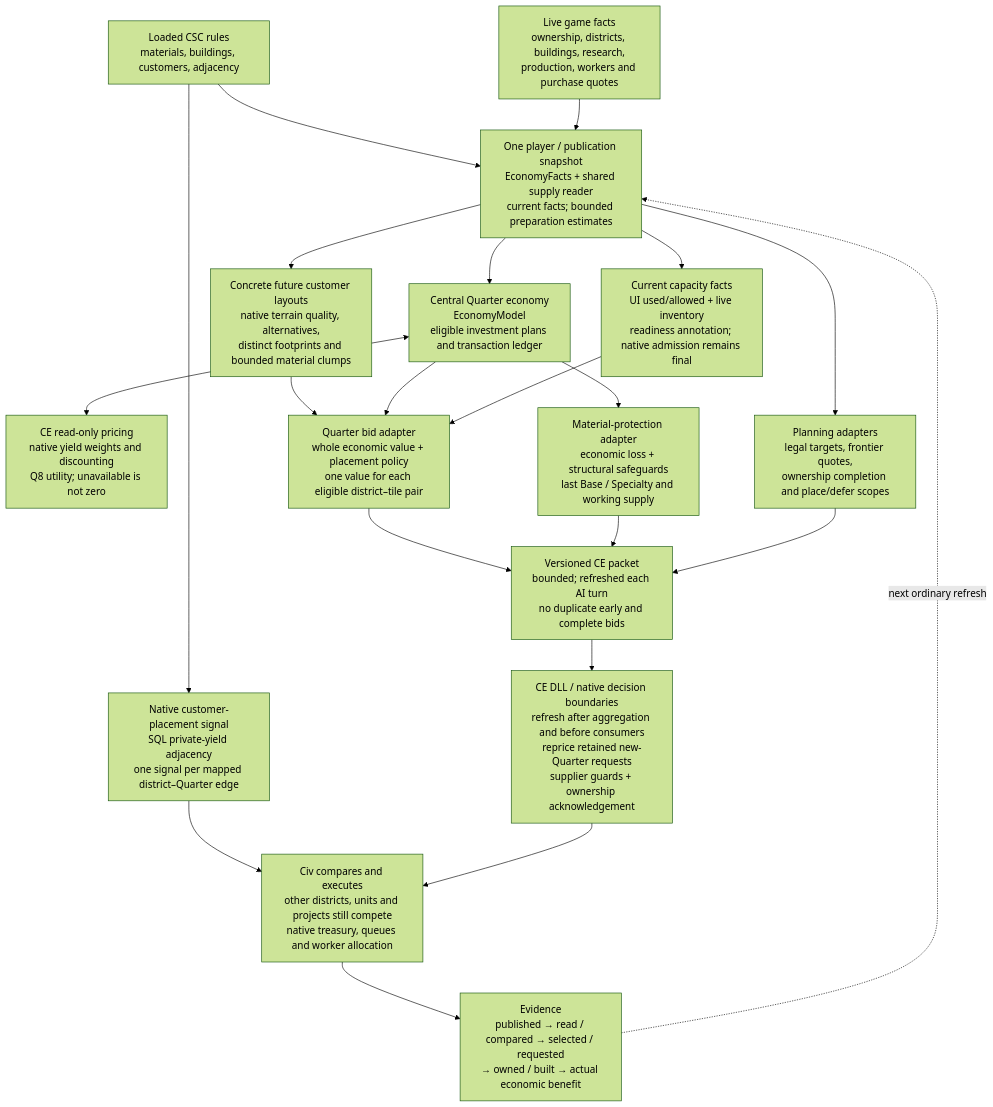
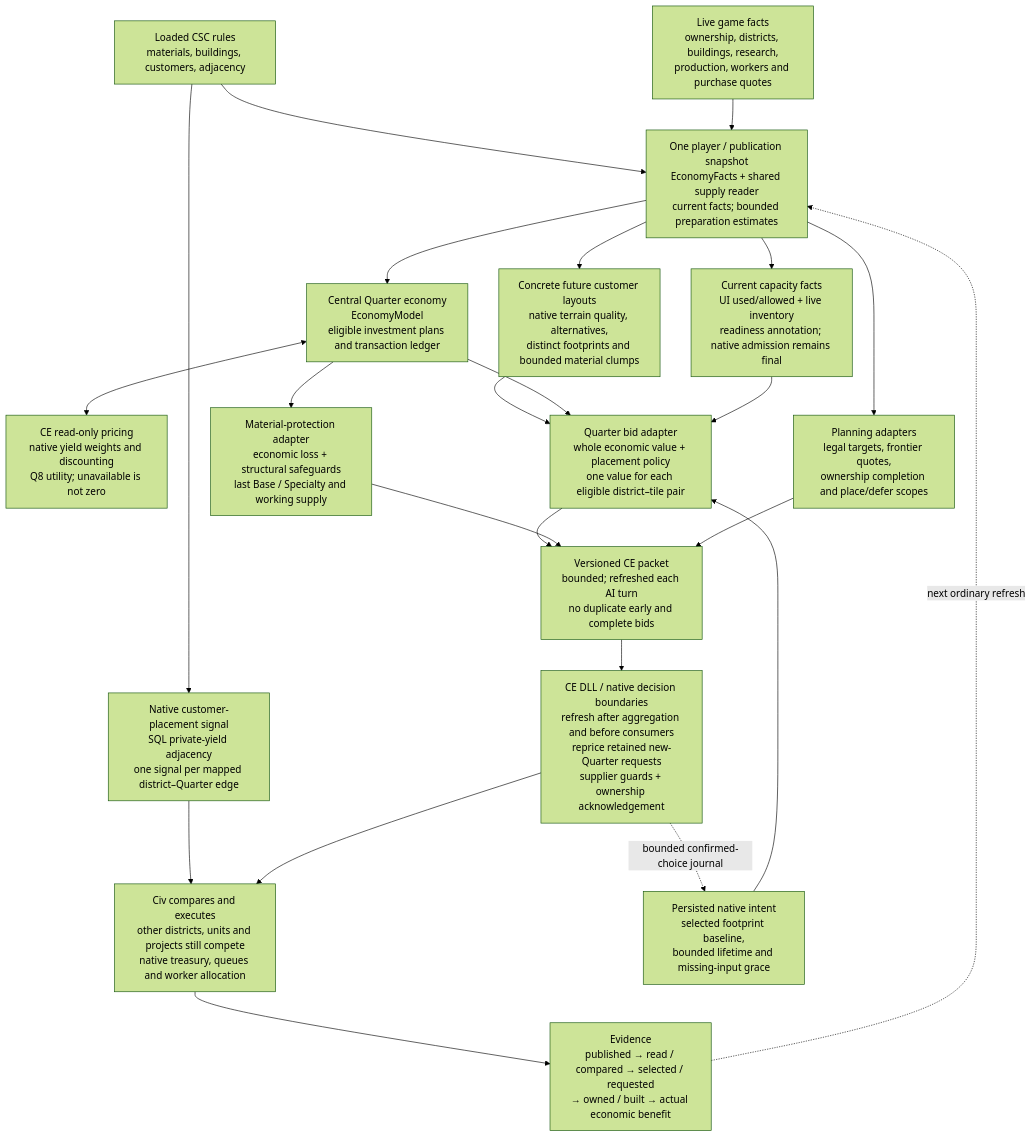
Before and after one commit to hennogous/Henno-Mods: the diagram in project/docs/civ6-ai/architecture.md, drawn with Mermaid (forest theme). The commit also changed other lines of this file and 18 other files, not shown here.

Commit message:
Keep native-selected Quarter plans coherent across acquisition

````diff
--- a/project/docs/civ6-ai/architecture.md
+++ b/project/docs/civ6-ai/architecture.md
@@ -60,37 +67,39 @@
 ```mermaid
 flowchart TD
     DB["Loaded CSC rules<br/>materials, buildings, customers, adjacency"]
     LIVE["Live game facts<br/>ownership, districts, buildings, research,<br/>production, workers and purchase quotes"]
     FACTS["One player / publication snapshot<br/>EconomyFacts + shared supply reader<br/>current facts; bounded preparation estimates"]
     MODEL["Central Quarter economy<br/>EconomyModel<br/>eligible investment plans and transaction ledger"]
     PRICE["CE read-only pricing<br/>native yield weights and discounting<br/>Q8 utility; unavailable is not zero"]
     SITE["Quarter bid adapter<br/>whole economic value + placement policy<br/>one value for each eligible district–tile pair"]
     CAP["Current capacity facts<br/>UI used/allowed + live inventory<br/>readiness annotation; native admission remains final"]
     PROTECT["Material-protection adapter<br/>economic loss + structural safeguards<br/>last Base / Specialty and working supply"]
     PLAN["Planning adapters<br/>legal targets, frontier quotes,<br/>ownership completion and place/defer scopes"]
     SQL["Native customer-placement signal<br/>SQL private-yield adjacency<br/>one signal per mapped district–Quarter edge"]
     PACKET["Versioned CE packet<br/>bounded; refreshed each AI turn<br/>no duplicate early and complete bids"]
     CE["CE DLL / native decision boundaries<br/>refresh after aggregation and before consumers<br/>reprice retained new-Quarter requests<br/>supplier guards + ownership acknowledgement"]
     CIV["Civ compares and executes<br/>other districts, units and projects still compete<br/>native treasury, queues and worker allocation"]
     OBS["Evidence<br/>published → read / compared → selected / requested<br/>→ owned / built → actual economic benefit"]
     DB --> FACTS
     LIVE --> FACTS
     FACTS --> MODEL
     FACTS --> SPATIAL["Concrete future customer layouts<br/>native terrain quality, alternatives,<br/>distinct footprints and bounded material clumps"]
     SPATIAL --> SITE
     MODEL <--> PRICE
     MODEL --> SITE
+    CE -. "bounded confirmed-choice journal" .-> INTENT["Persisted native intent<br/>selected footprint baseline,<br/>bounded lifetime and missing-input grace"]
+    INTENT --> SITE
     FACTS --> CAP
     CAP --> SITE
     MODEL --> PROTECT
     FACTS --> PLAN
     DB --> SQL
     SITE --> PACKET
     PROTECT --> PACKET
     PLAN --> PACKET
     PACKET --> CE
     SQL --> CIV
     CE --> CIV
     CIV --> OBS
     OBS -. "next ordinary refresh" .-> FACTS
 ```
````
